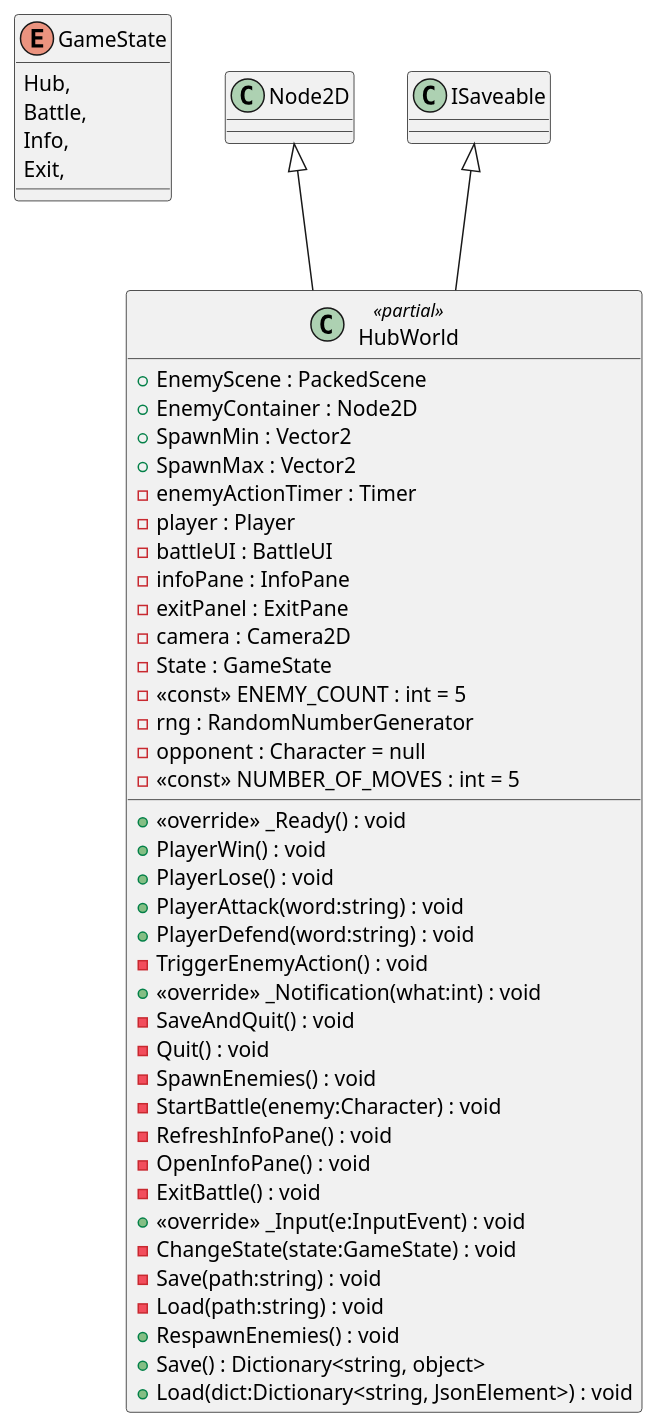
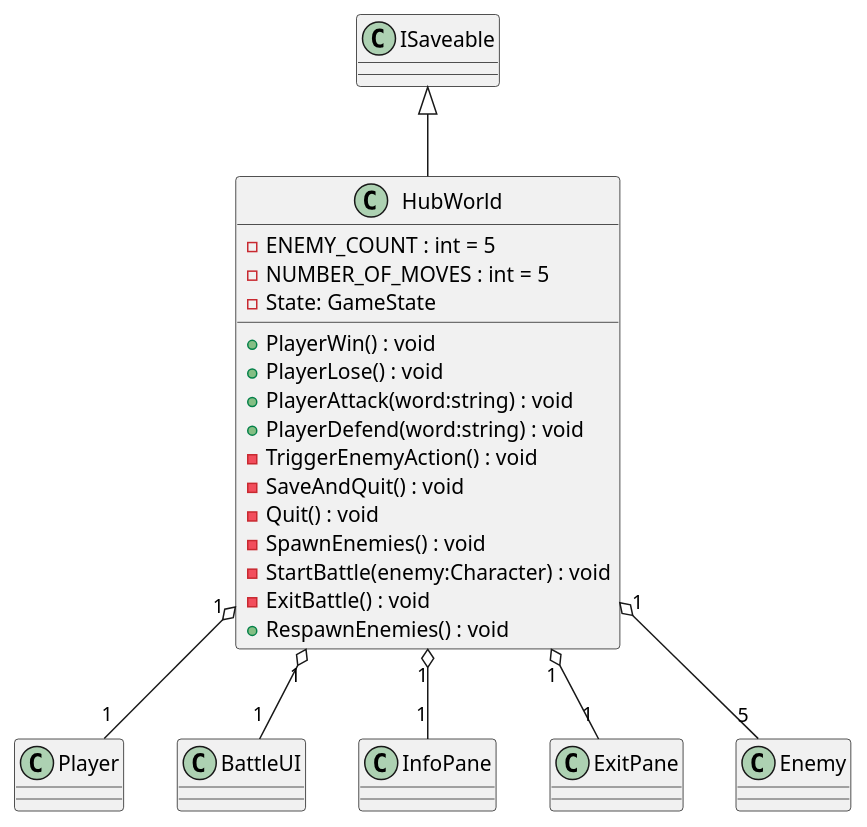
One commit to Leximon-SWE-2025/Leximon changed the diagram in PlantUML/scenes/HubWorld.puml. Above: the diagram before and after it, drawn with PlantUML. The commit also changed 65 other files, not shown here.

Commit message:
update class diagram

```diff
--- a/PlantUML/scenes/HubWorld.puml
+++ b/PlantUML/scenes/HubWorld.puml
@@ -1,48 +1,32 @@
-@startuml
-enum GameState {
-    Hub,
-    Battle,
-    Info,
-    Exit,
-}
-class HubWorld <<partial>> {
-    + EnemyScene : PackedScene
-    + EnemyContainer : Node2D
-    + SpawnMin : Vector2
-    + SpawnMax : Vector2
-    - enemyActionTimer : Timer
-    - player : Player
-    - battleUI : BattleUI
-    - infoPane : InfoPane
-    - exitPanel : ExitPane
-    - camera : Camera2D
-    - State : GameState
-    - <<const>> ENEMY_COUNT : int = 5
-    - rng : RandomNumberGenerator
-    - opponent : Character = null
-    - <<const>> NUMBER_OF_MOVES : int = 5
-    + <<override>> _Ready() : void
+@startuml Hub
+
+class HubWorld{
+    - ENEMY_COUNT : int = 5
+    - NUMBER_OF_MOVES : int = 5
     + PlayerWin() : void
     + PlayerLose() : void
+    - State: GameState
     + PlayerAttack(word:string) : void
     + PlayerDefend(word:string) : void
     - TriggerEnemyAction() : void
-    + <<override>> _Notification(what:int) : void
     - SaveAndQuit() : void
     - Quit() : void
     - SpawnEnemies() : void
     - StartBattle(enemy:Character) : void
-    - RefreshInfoPane() : void
-    - OpenInfoPane() : void
     - ExitBattle() : void
-    + <<override>> _Input(e:InputEvent) : void
-    - ChangeState(state:GameState) : void
-    - Save(path:string) : void
-    - Load(path:string) : void
     + RespawnEnemies() : void
-    + Save() : Dictionary<string, object>
-    + Load(dict:Dictionary<string, JsonElement>) : void
 }
-Node2D <|-- HubWorld
+' Node2D <|-- HubWorld
 ISaveable <|-- HubWorld
+
+' HubWorld "1" *-- "1" GameState
+HubWorld "1" o-- "1" Player
+HubWorld "1" o-- "1" BattleUI
+HubWorld "1" o-- "1" InfoPane
+HubWorld "1" o-- "1" ExitPane
+HubWorld "1" o-- "5" Enemy
+
+' HubWorld "1" *-- "1" Timer
+' HubWorld "1" *-- "1" Camera2D
+
 @enduml
```
